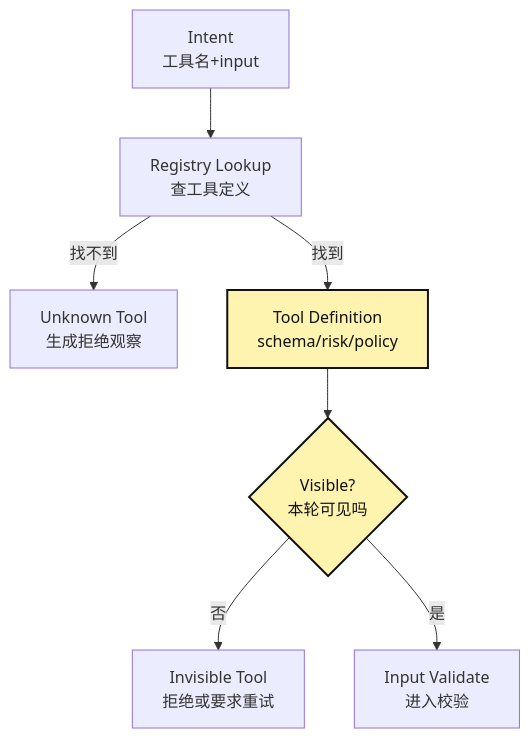
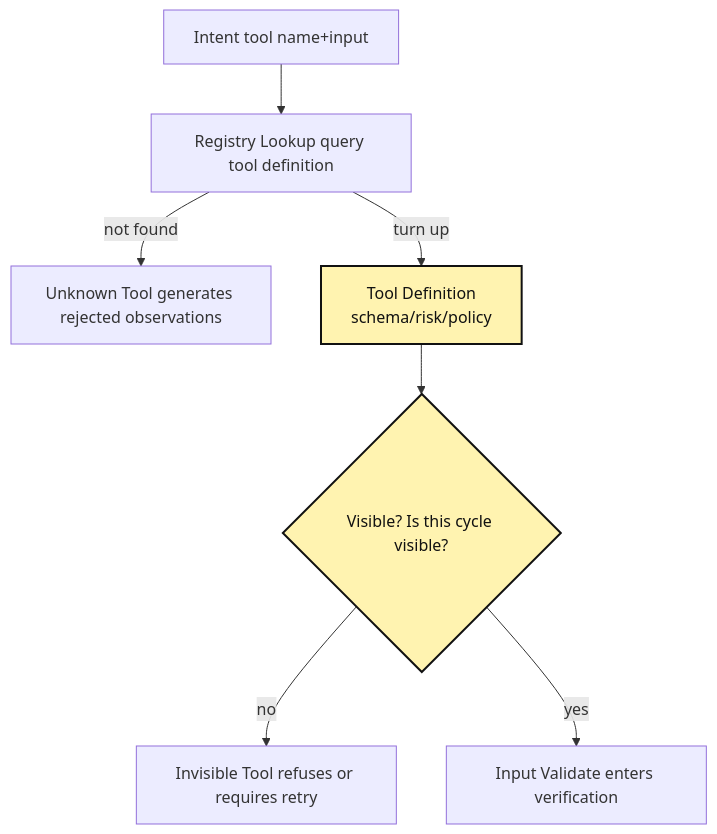
The diagram in src/content/blog/en/AI/build-harness/assets/00-13-tool-runtime-observation/mermaid-02.mmd (LienJack/learn-agent), drawn with Mermaid before and after one commit. The commit also changed 665 other files, not shown here.

```diff
--- a/src/content/blog/en/AI/build-harness/assets/00-13-tool-runtime-observation/mermaid-02.mmd
+++ b/src/content/blog/en/AI/build-harness/assets/00-13-tool-runtime-observation/mermaid-02.mmd
@@ -1,12 +1,12 @@
 flowchart TB
-  I["Intent\n工具名+input"] --> L["Registry Lookup\n查工具定义"]
-  L -->|找不到| U["Unknown Tool\n生成拒绝观察"]
-  L -->|找到| D["Tool Definition\nschema/risk/policy"]
-  D --> W{"Visible?\n本轮可见吗"}
-  W -->|否| K["Invisible Tool\n拒绝或要求重试"]
-  W -->|是| V["Input Validate\n进入校验"]
+  I["Intent tool name+input"] --> L["Registry Lookup query tool definition"]
+  L -->|not found| U["Unknown Tool generates rejected observations"]
+  L -->|turn up| D["Tool Definition\nschema/risk/policy"]
+  D --> W{"Visible? Is this cycle visible?"}
+  W -->|no| K["Invisible Tool refuses or requires retry"]
+  W -->|yes| V["Input Validate enters verification"]
 
   D:::hot
   W:::hot
 
   classDef hot fill:#fff3b0,stroke:#111,stroke-width:2px,color:#111;
```
